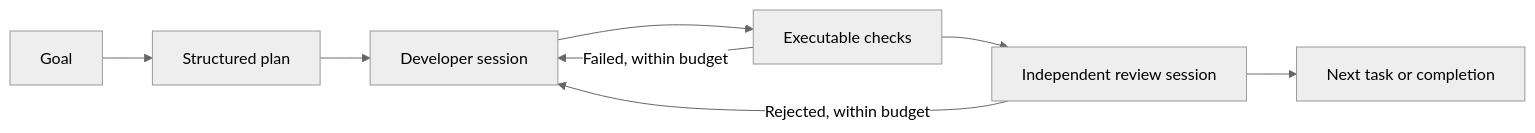
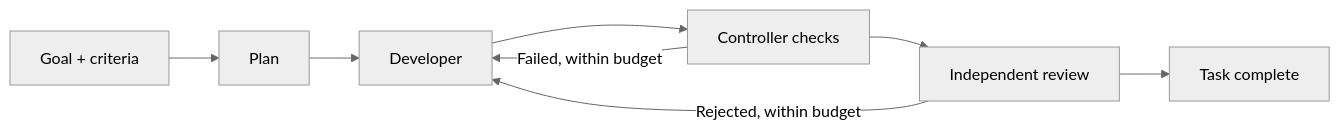
The diagram in README.md (nunomarques97/forja), drawn with Mermaid (neutral theme) before and after one commit. The commit also changed other lines of this file and 6 other files, not shown here.

````diff
--- a/README.md
+++ b/README.md
@@ -43,10 +46,10 @@
 ```mermaid
 flowchart LR
-    Goal --> Plan[Structured plan]
-    Plan --> Develop[Developer session]
-    Develop --> Checks[Executable checks]
-    Checks --> Review[Independent review session]
-    Review --> Done[Next task or completion]
-    Checks -->|Failed, within budget| Develop
-    Review -->|Rejected, within budget| Develop
+    Goal[Goal + criteria] --> Plan[Plan]
+    Plan --> Build[Developer]
+    Build --> Check[Controller checks]
+    Check --> Review[Independent review]
+    Review --> Done[Task complete]
+    Check -->|Failed, within budget| Build
+    Review -->|Rejected, within budget| Build
 ```
````
